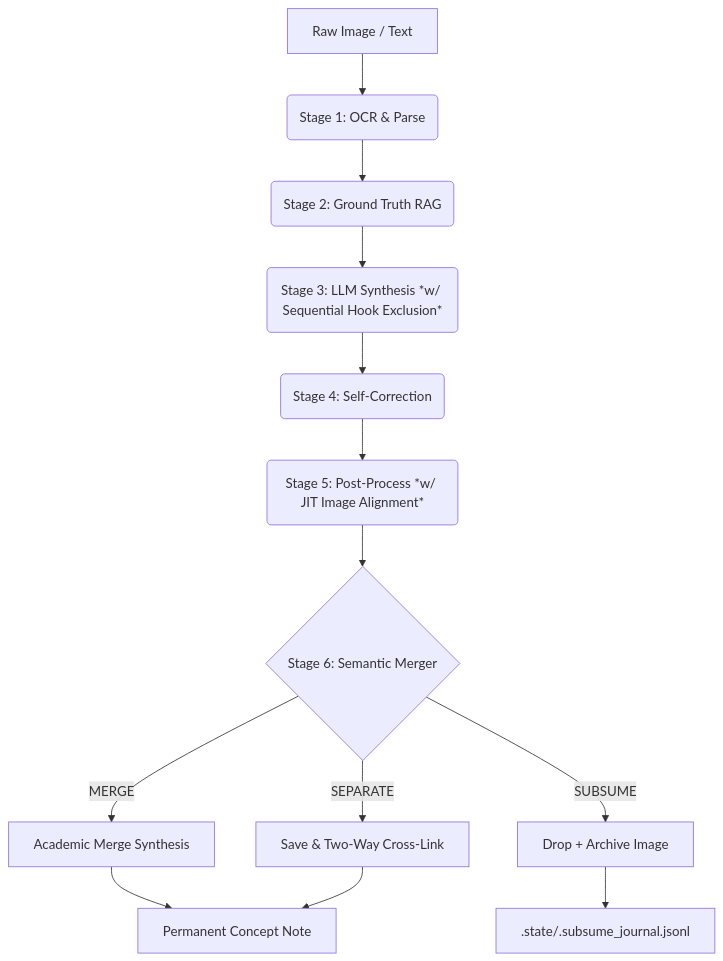
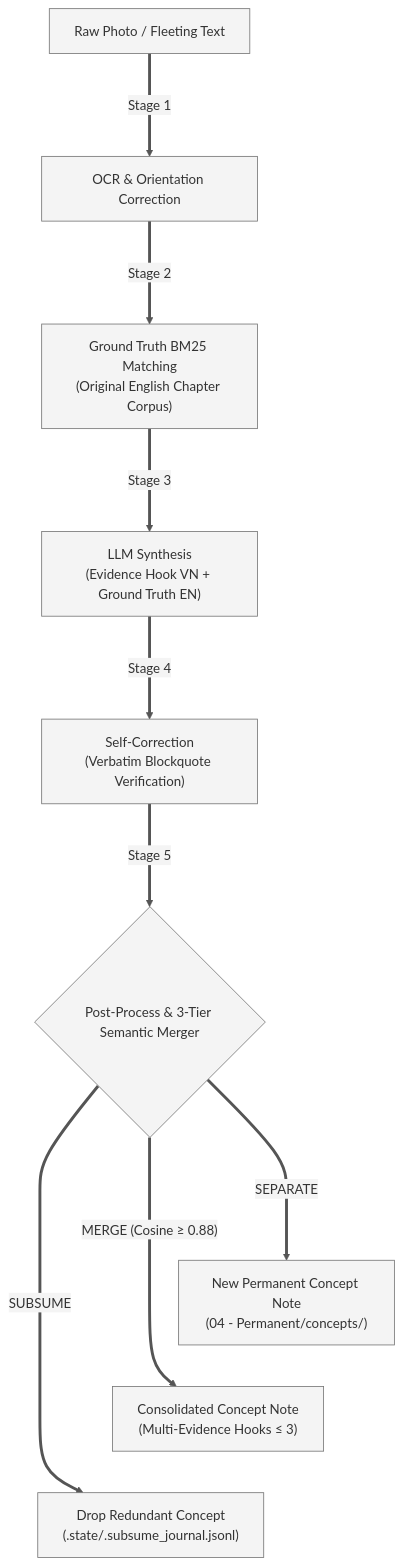
The first of 2 diagrams in scripts/README.md (vvChu/vvc-second-brain-scripts), drawn with Mermaid before and after one commit. The commit also changed other lines of this file, not shown here.

Commit message:
docs(readme): refactor scripts/README.md for v8.15.13 alignment

````diff
--- a/scripts/README.md
+++ b/scripts/README.md
@@ -137,15 +121,15 @@
 ```mermaid
-graph TD
-    A[Raw Image / Text] --> B(Stage 1: OCR & Parse)
-    B --> C(Stage 2: Ground Truth RAG)
-    C --> D(Stage 3: LLM Synthesis *w/ Sequential Hook Exclusion*)
-    D --> E(Stage 4: Self-Correction)
-    E --> F(Stage 5: Post-Process *w/ JIT Image Alignment*)
-    F --> H{Stage 6: Semantic Merger}
-    H -- MERGE --> I[Academic Merge Synthesis]
-    H -- SEPARATE --> J[Save & Two-Way Cross-Link]
-    H -- SUBSUME --> K[Drop + Archive Image]
-    I --> G[Permanent Concept Note]
-    J --> G
-    K --> L[.state/.subsume_journal.jsonl]
+%%{init: {'theme': 'base', 'themeVariables': { 'primaryColor': '#f4f4f4', 'primaryTextColor': '#333333', 'primaryBorderColor': '#777777', 'lineColor': '#555555' }}}%%
+flowchart TD
+    A["Raw Photo / Fleeting Text"] ===>|"Stage 1"| B["OCR & Orientation Correction"]
+    B ===>|"Stage 2"| C["Ground Truth BM25 Matching<br/>(Original English Chapter Corpus)"]
+    C ===>|"Stage 3"| D["LLM Synthesis<br/>(Evidence Hook VN + Ground Truth EN)"]
+    D ===>|"Stage 4"| E["Self-Correction<br/>(Verbatim Blockquote Verification)"]
+    E ===>|"Stage 5"| F{"Post-Process & 3-Tier Semantic Merger"}
+
+    F ===>|"MERGE (Cosine ≥ 0.88)"| G["Consolidated Concept Note<br/>(Multi-Evidence Hooks ≤ 3)"]
+    F ===>|"SEPARATE"| H["New Permanent Concept Note<br/>(04 - Permanent/concepts/)"]
+    F ===>|"SUBSUME"| I["Drop Redundant Concept<br/>(.state/.subsume_journal.jsonl)"]
+
+    H ~~~ G ~~~ I
 ```
````
